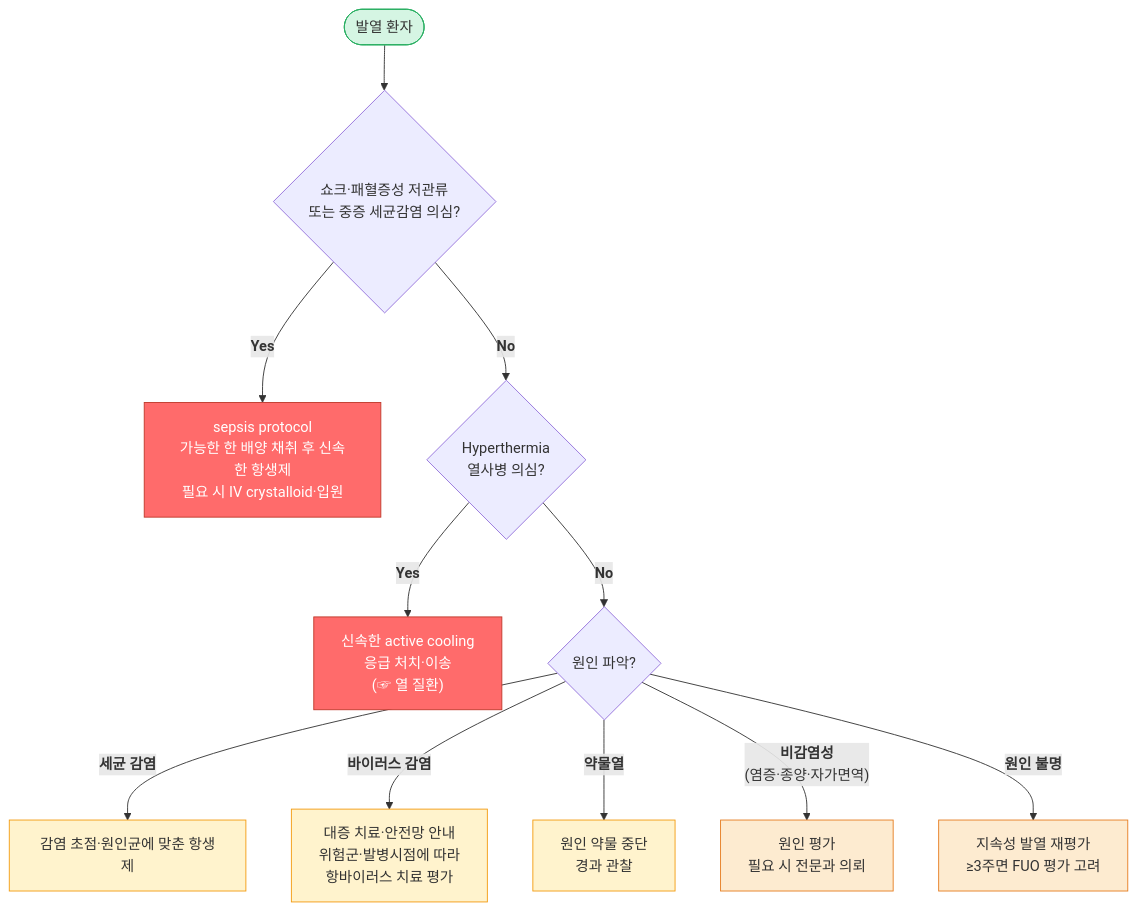
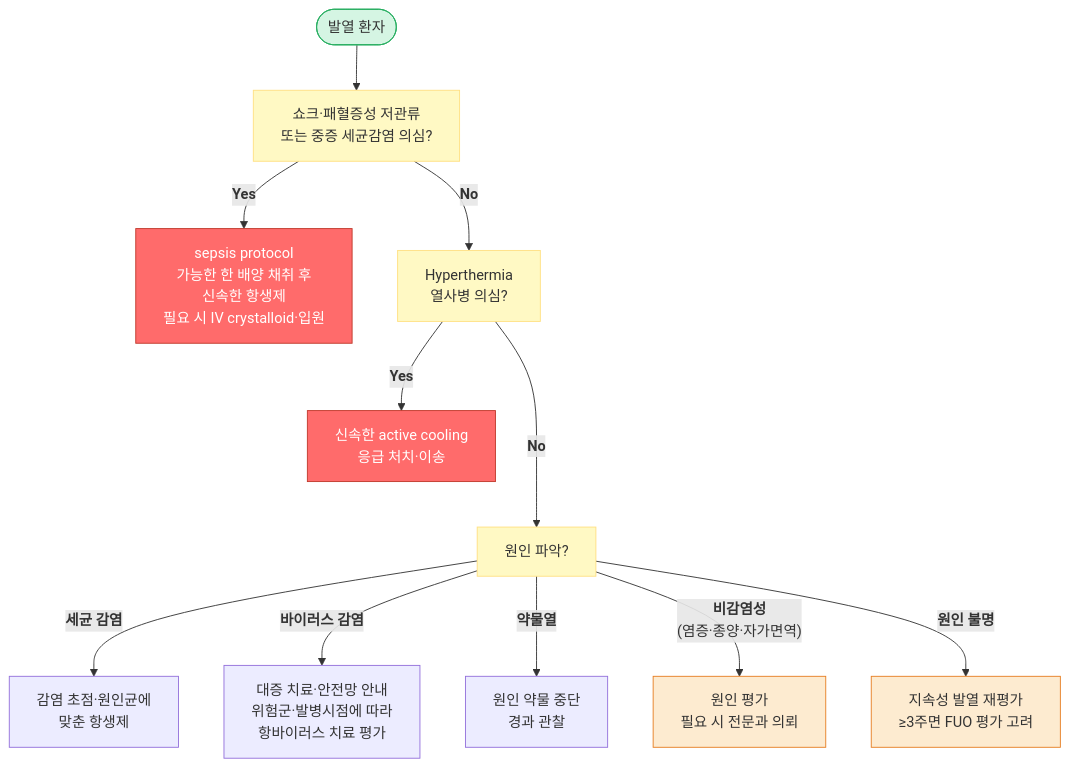
One commit to familyoh77/familyoh77 changed the second of 2 diagrams in 220_/011_-fever.md. Above: the diagram before and after it, drawn with Mermaid. The commit also changed other lines of this file, not shown here.

````diff
--- a/220_/011_-fever.md
+++ b/220_/011_-fever.md
@@ -229,23 +230,21 @@
 ```mermaid
 graph TD
-    A([발열 환자]) --> B{쇼크·패혈증성 저관류<br/>또는 중증 세균감염 의심?}
-    B -->|<b>Yes</b>| C["sepsis protocol<br/>가능한 한 배양 채취 후 신속한 항생제<br/>필요 시 IV crystalloid·입원"]
-    B -->|<b>No</b>| D{Hyperthermia<br/>열사병 의심?}
-    D -->|<b>Yes</b>| E["신속한 active cooling<br/>응급 처치·이송<br/>(☞ 열 질환)"]
-    D -->|<b>No</b>| F{원인 파악?}
-    F -->|<b>세균 감염</b>| G["감염 초점·원인균에 맞춘 항생제"]
+    A([발열 환자]) --> B[쇼크·패혈증성 저관류<br/>또는 중증 세균감염 의심?]
+    B -->|<b>Yes</b>| C["sepsis protocol<br/>가능한 한 배양 채취 후 <br/>신속한 항생제<br/>필요 시 IV crystalloid·입원"]
+    B -->|<b>No</b>| D[Hyperthermia<br/>열사병 의심?]
+    D -->|<b>Yes</b>| E["신속한 active cooling<br/>응급 처치·이송"]
+    D --->|<b>No</b>| F[원인 파악?]
+    F -->|<b>세균 감염</b>| G["감염 초점·원인균에 <br/>맞춘 항생제"]
     F -->|<b>바이러스 감염</b>| H["대증 치료·안전망 안내<br/>위험군·발병시점에 따라<br/>항바이러스 치료 평가"]
     F -->|<b>약물열</b>| I["원인 약물 중단<br/>경과 관찰"]
     F -->|"<b>비감염성</b><br/>(염증·종양·자가면역)"| J["원인 평가<br/>필요 시 전문과 의뢰"]
     F -->|<b>원인 불명</b>| K["지속성 발열 재평가<br/>≥3주면 FUO 평가 고려"]
-
     classDef red    fill:#ff6b6b,stroke:#c0392b,color:#fff
     classDef green  fill:#d5f5e3,stroke:#27ae60
-    classDef yellow fill:#fff3cd,stroke:#f39c12
+    classDef yellow fill:#fff9c4,stroke:#ffe082
     classDef orange fill:#fdebd0,stroke:#e67e22
-
     class A green
     class C,E red
-    class G,H,I yellow
+    class B,D,F yellow
     class J,K orange
 ```
````
